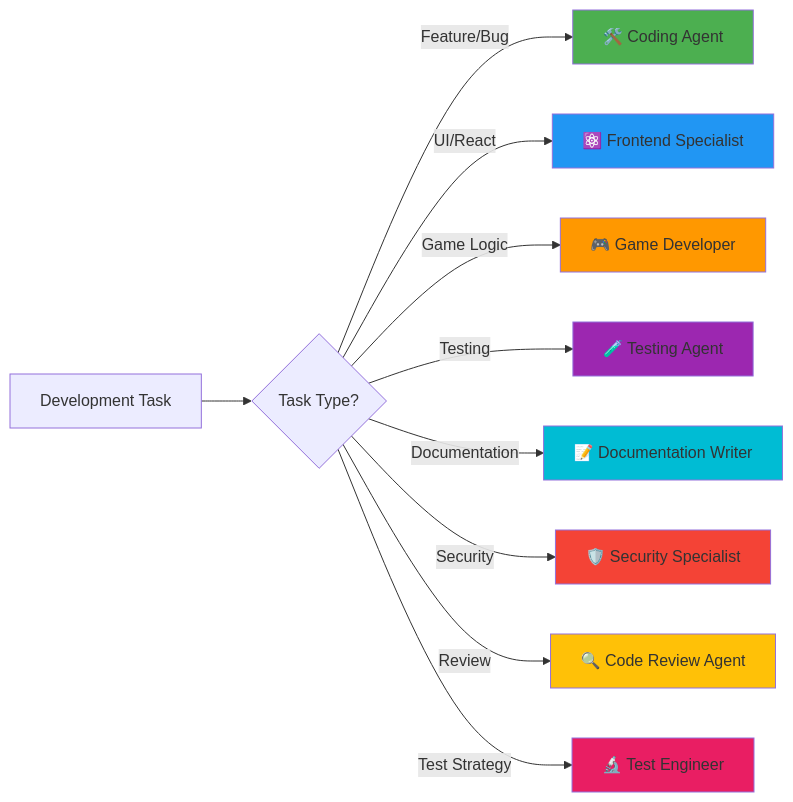
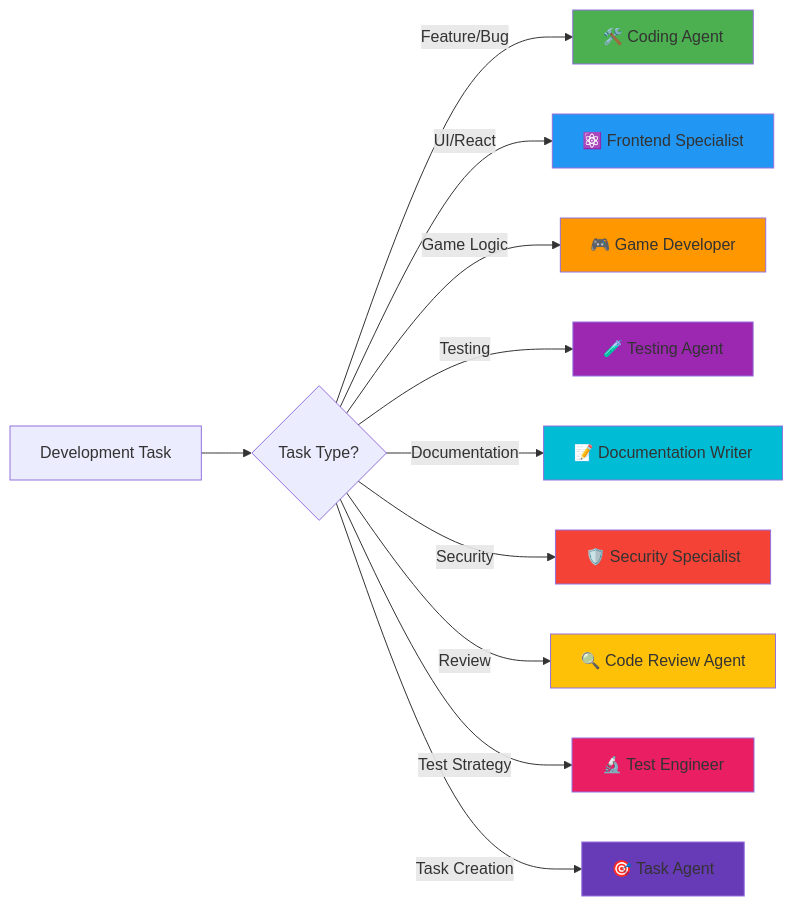
One commit to Hack23/blacktrigram changed the first of 3 diagrams in .github/agents/README.md. Above: the diagram before and after it, drawn with Mermaid. The commit also changed other lines of this file and 1 other file, not shown here.

Commit message:
Add Black Trigram Task Agent with ISMS compliance focus

````diff
--- a/.github/agents/README.md
+++ b/.github/agents/README.md
@@ -9,21 +9,23 @@
 ```mermaid
 graph LR
     A[Development Task] --> B{Task Type?}
     B -->|Feature/Bug| C[🛠️ Coding Agent]
     B -->|UI/React| D[⚛️ Frontend Specialist]
     B -->|Game Logic| E[🎮 Game Developer]
     B -->|Testing| F[🧪 Testing Agent]
     B -->|Documentation| G[📝 Documentation Writer]
     B -->|Security| H[🛡️ Security Specialist]
     B -->|Review| I[🔍 Code Review Agent]
     B -->|Test Strategy| J[🔬 Test Engineer]
+    B -->|Task Creation| K[🎯 Task Agent]
     
     style C fill:#4CAF50
     style D fill:#2196F3
     style E fill:#FF9800
     style F fill:#9C27B0
     style G fill:#00BCD4
     style H fill:#F44336
     style I fill:#FFC107
     style J fill:#E91E63
+    style K fill:#673AB7
 ```
````
